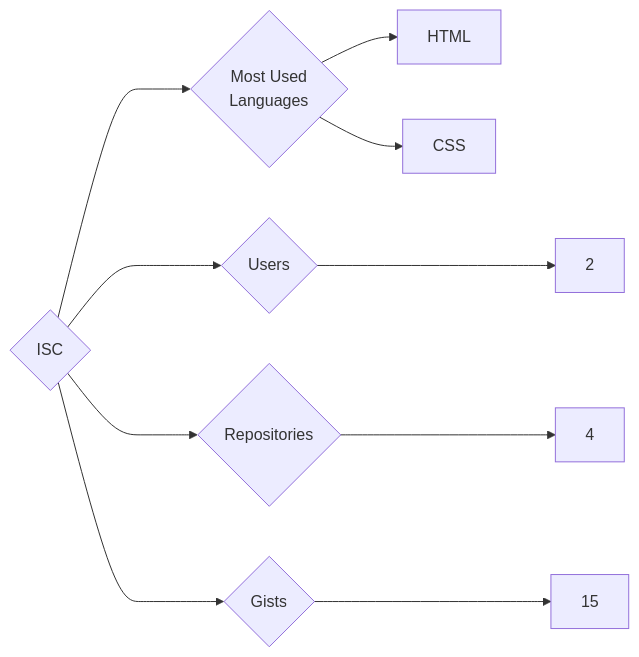
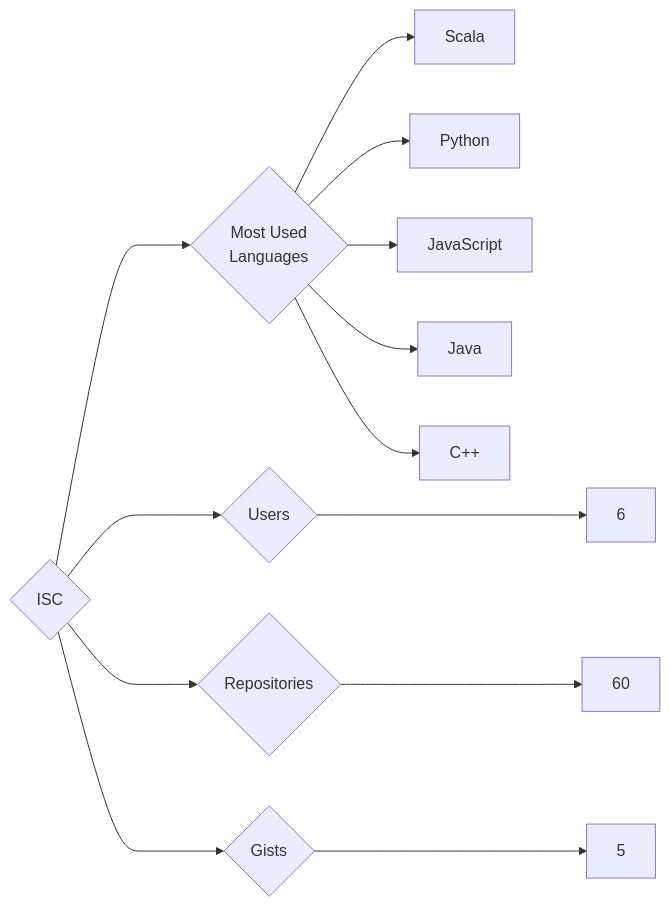
One commit to trickest/insiders changed the diagram in targets/ISC/README.md. Above: the diagram before and after it, drawn with Mermaid. The commit also changed 720 other files, not shown here.

````diff
--- a/targets/ISC/README.md
+++ b/targets/ISC/README.md
@@ -3,10 +3,13 @@
 ```mermaid
 graph LR
 COMPANY_NAME{ISC}
-COMPANY_NAME ---> U{Users} ---> UN[2]
-COMPANY_NAME ---> R{Repositories} ---> RN[4]
-COMPANY_NAME ---> G{Gists} ---> GN[15]
+COMPANY_NAME ---> U{Users} ---> UN[6]
+COMPANY_NAME ---> R{Repositories} ---> RN[60]
+COMPANY_NAME ---> G{Gists} ---> GN[5]
 COMPANY_NAME ---> ML{Most Used<br>Languages}
-ML --> HTML[HTML]
-ML --> CSS[CSS]
+ML --> Scala[Scala]
+ML --> Python[Python]
+ML --> JavaScript[JavaScript]
+ML --> Java[Java]
+ML --> C++[C++]
 ```
````
